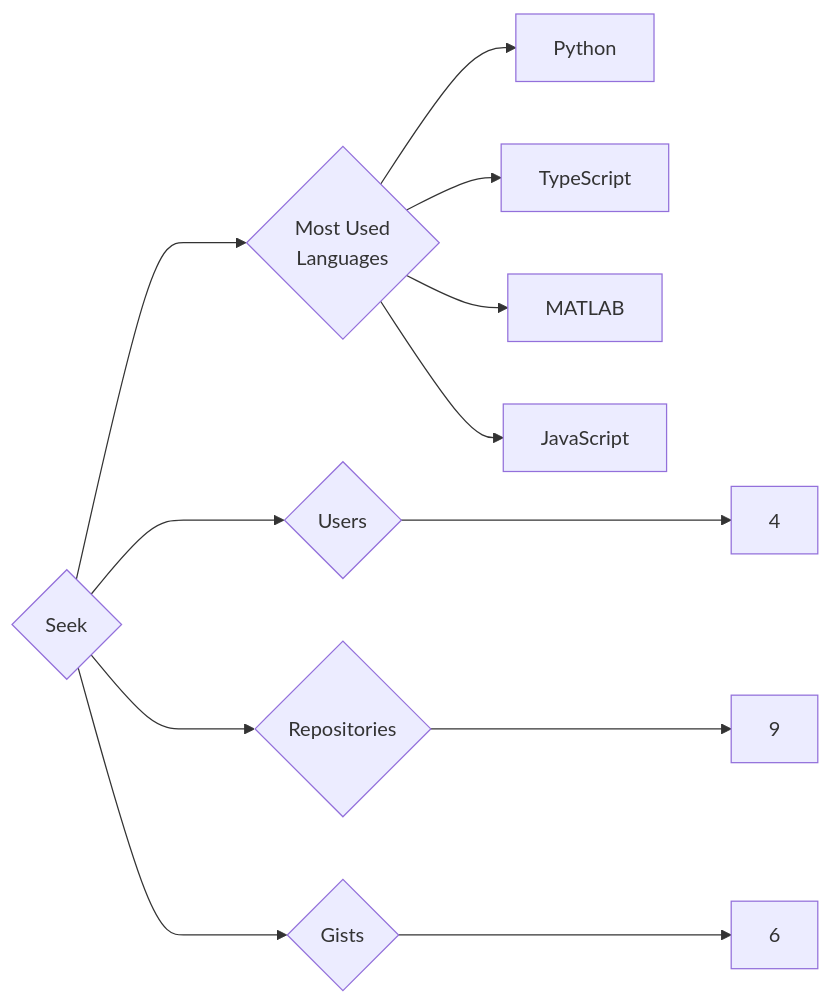
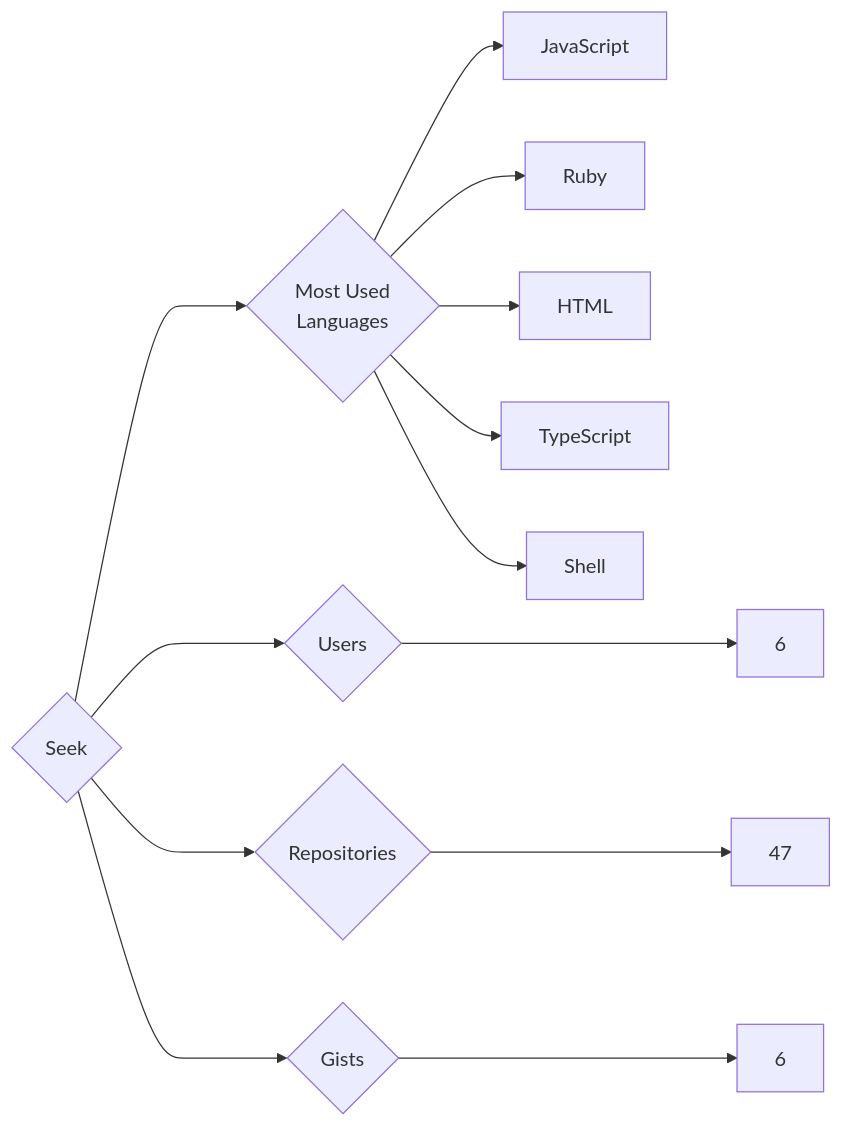
Before and after one commit to trickest/insiders: the diagram in targets/Seek/README.md, drawn with Mermaid. The commit also changed 715 other files, not shown here.

````diff
--- a/targets/Seek/README.md
+++ b/targets/Seek/README.md
@@ -3,12 +3,13 @@
 ```mermaid
 graph LR
 COMPANY_NAME{Seek}
-COMPANY_NAME ---> U{Users} ---> UN[4]
-COMPANY_NAME ---> R{Repositories} ---> RN[9]
+COMPANY_NAME ---> U{Users} ---> UN[6]
+COMPANY_NAME ---> R{Repositories} ---> RN[47]
 COMPANY_NAME ---> G{Gists} ---> GN[6]
 COMPANY_NAME ---> ML{Most Used<br>Languages}
-ML --> Python[Python]
+ML --> JavaScript[JavaScript]
+ML --> Ruby[Ruby]
+ML --> HTML[HTML]
 ML --> TypeScript[TypeScript]
-ML --> MATLAB[MATLAB]
-ML --> JavaScript[JavaScript]
+ML --> Shell[Shell]
 ```
````
